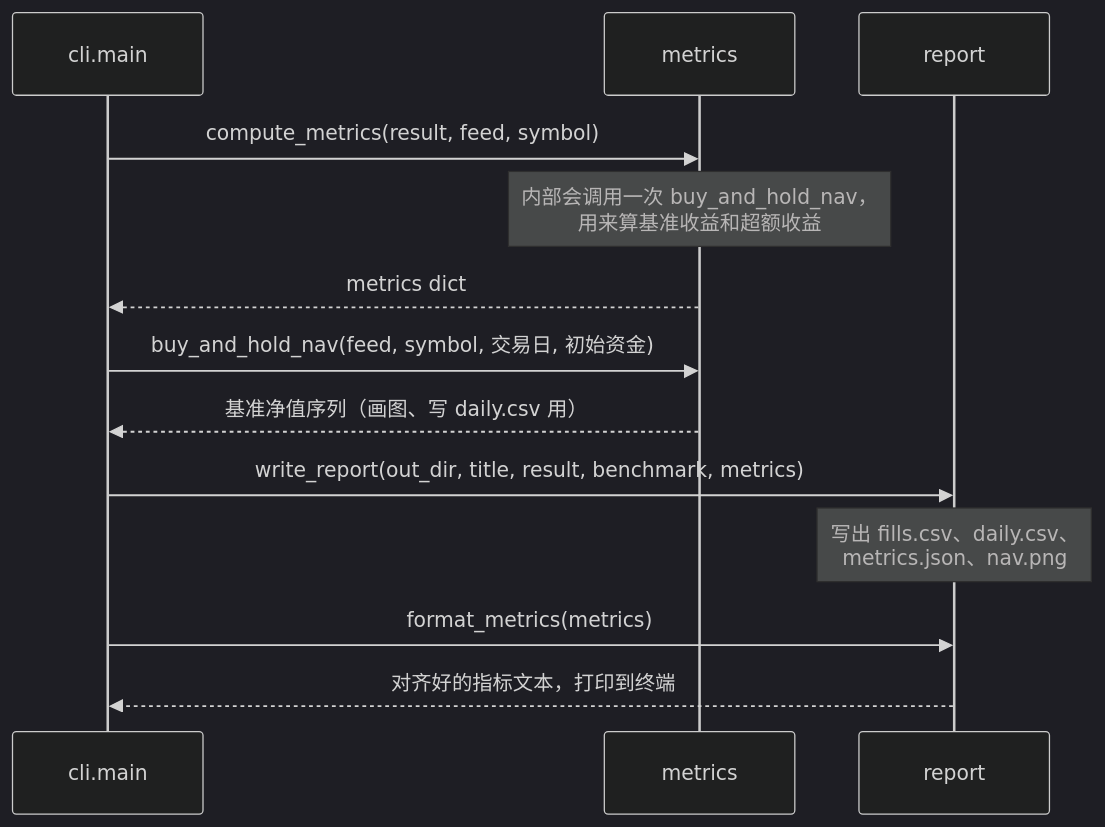
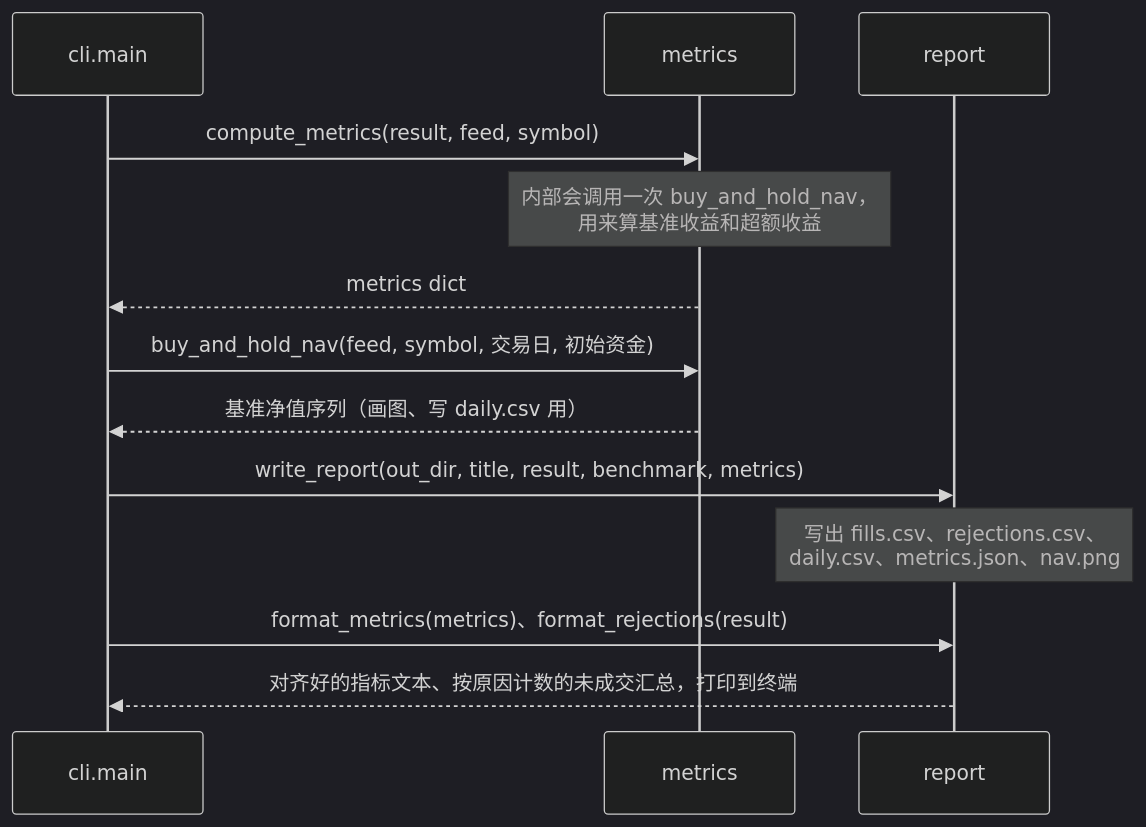
One commit to guevara12345/quant changed the eighth of 23 diagrams in docs/code-walkthrough.md. Above: the diagram before and after it, drawn with Mermaid (dark theme). The commit also changed other lines of this file and 16 other files, not shown here.

````diff
--- a/docs/code-walkthrough.md
+++ b/docs/code-walkthrough.md
@@ -373,16 +415,16 @@
 ```mermaid
 sequenceDiagram
     participant CLI as cli.main
     participant M as metrics
     participant RP as report
 
     CLI->>M: compute_metrics(result, feed, symbol)
     Note over M: 内部会调用一次 buy_and_hold_nav，<br/>用来算基准收益和超额收益
     M-->>CLI: metrics dict
     CLI->>M: buy_and_hold_nav(feed, symbol, 交易日, 初始资金)
     M-->>CLI: 基准净值序列（画图、写 daily.csv 用）
     CLI->>RP: write_report(out_dir, title, result, benchmark, metrics)
-    Note over RP: 写出 fills.csv、daily.csv、<br/>metrics.json、nav.png
-    CLI->>RP: format_metrics(metrics)
-    RP-->>CLI: 对齐好的指标文本，打印到终端
+    Note over RP: 写出 fills.csv、rejections.csv、<br/>daily.csv、metrics.json、nav.png
+    CLI->>RP: format_metrics(metrics)、format_rejections(result)
+    RP-->>CLI: 对齐好的指标文本、按原因计数的未成交汇总，打印到终端
 ```
````
